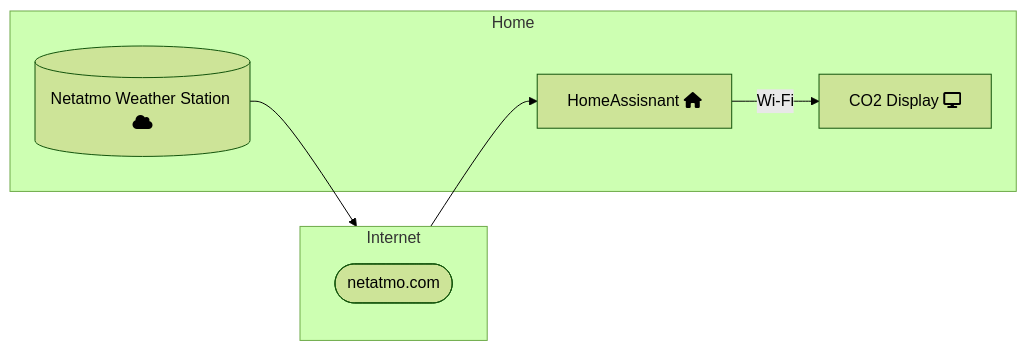
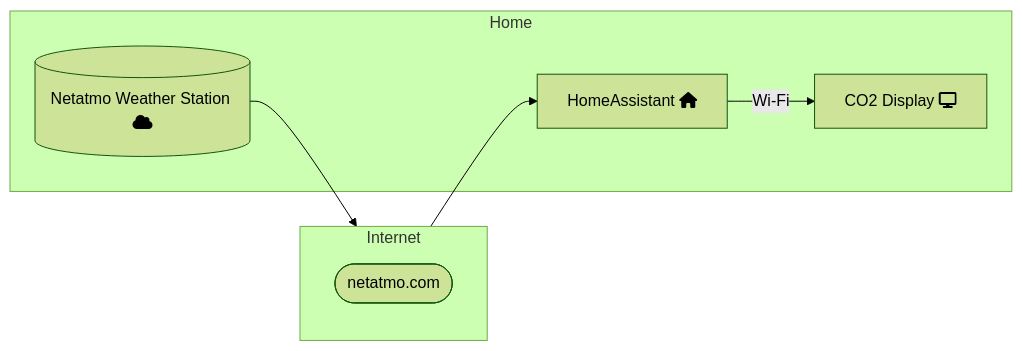
The diagram in netatmo_esphome_m5stickc_display/README.md (vrusinov/co2_monitors), drawn with Mermaid (forest theme) before and after one commit. The commit also changed other lines of this file, not shown here.

````diff
--- a/netatmo_esphome_m5stickc_display/README.md
+++ b/netatmo_esphome_m5stickc_display/README.md
@@ -7,19 +7,19 @@
 ```mermaid
 graph LR
     subgraph Internet
         NC([netatmo.com])
     end
     subgraph Home
         Netatmo[(Netatmo Weather Station fa:fa-cloud)]
-        HomeAssistant[HomeAssisnant fa:fa-house]
+        HomeAssistant[HomeAssistant fa:fa-house]
         Display[CO2 Display fa:fa-display]
     end
 
     click Netatmo https://www.netatmo.com/en-gb/weather/weatherstation
     click NC https://my.netatmo.com/
     click HomeAssistant https://www.home-assistant.io/
 
     Netatmo-->Internet
     Internet-->HomeAssistant
     HomeAssistant-- Wi-Fi -->Display
 ```
````
